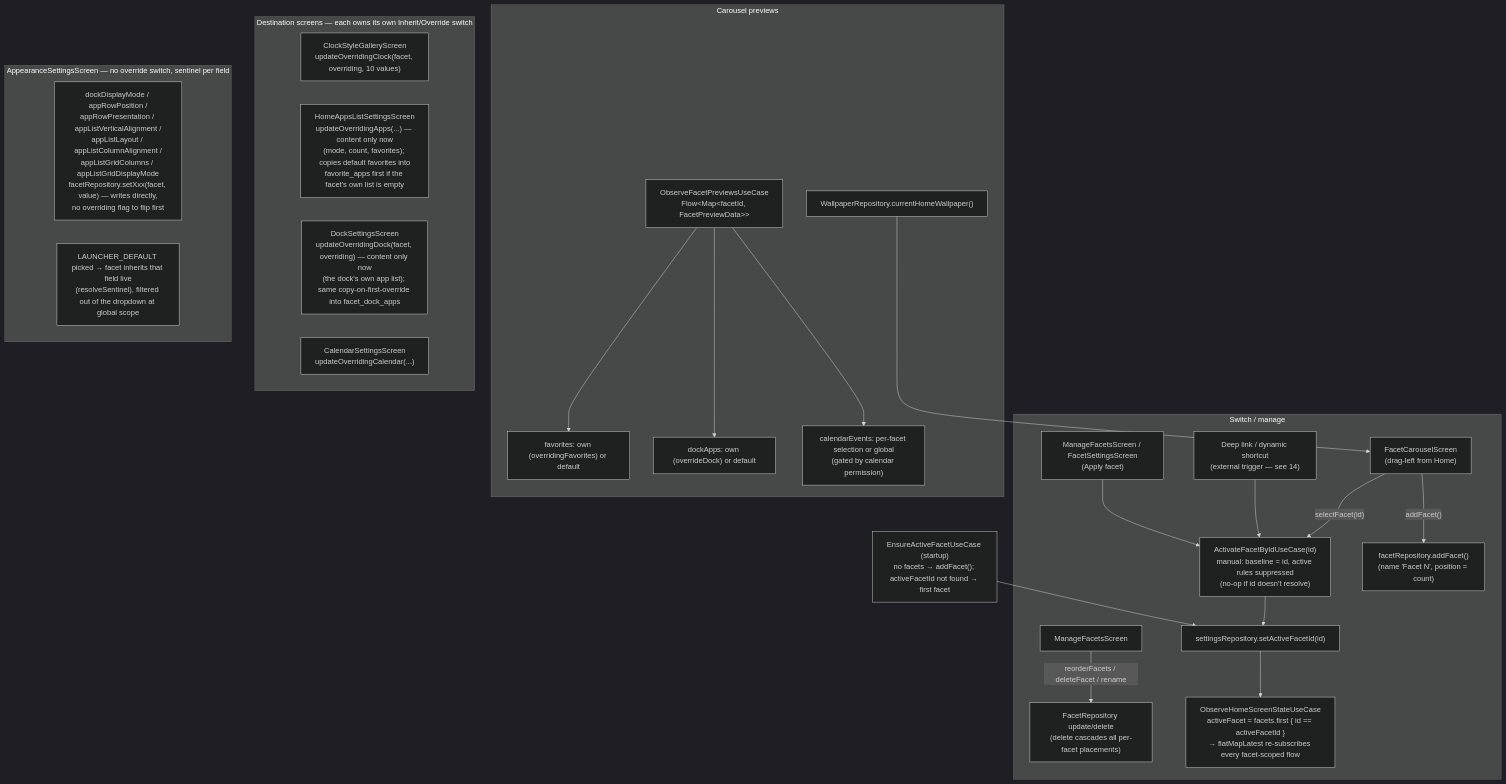
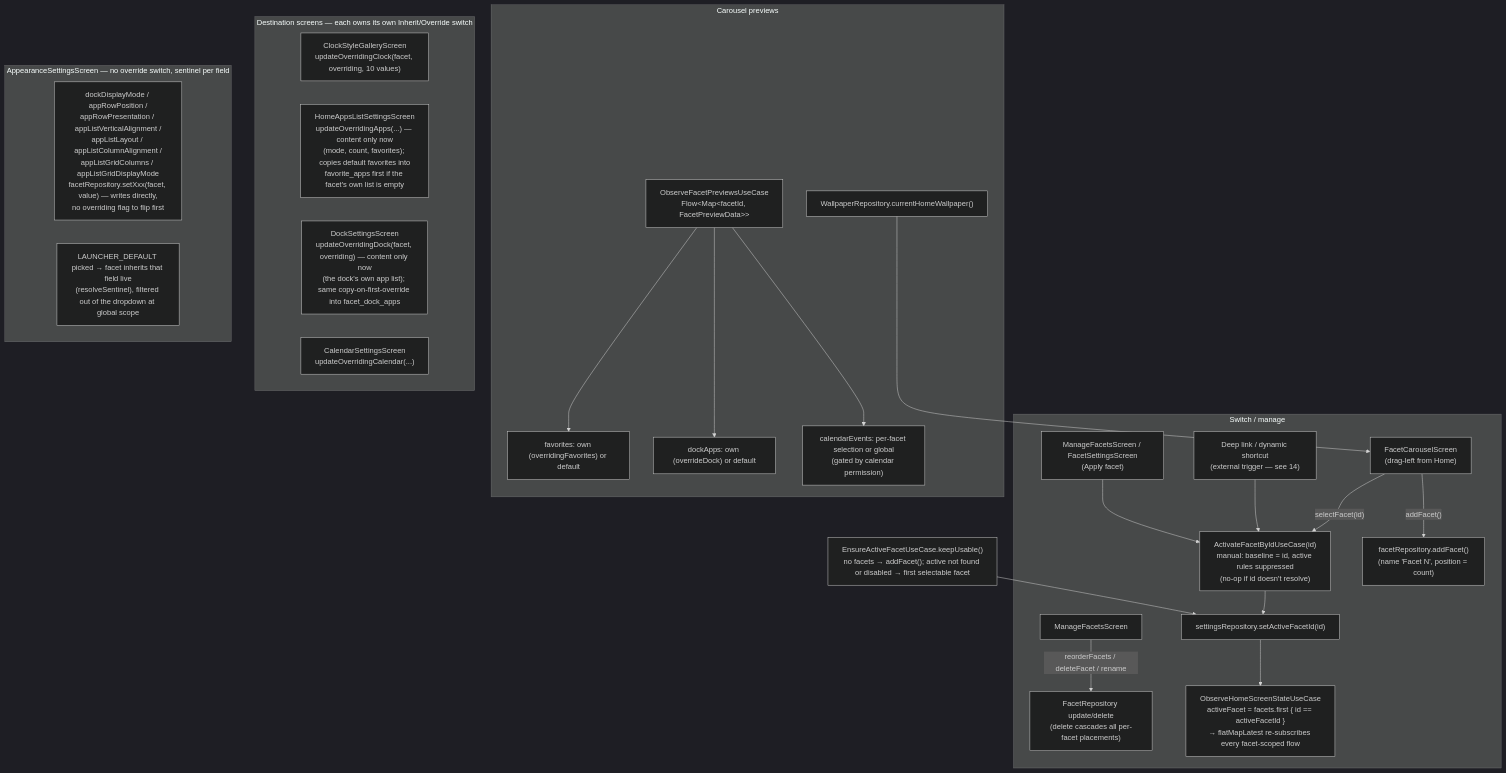
Before and after one commit to rohitganjam/facet-launcher: the first of 4 diagrams in docs/architecture/13-flow-facets-theme-notifications-onboarding.md, drawn with Mermaid (dark theme). The commit also changed other lines of this file and 57 other files, not shown here.

First line of the commit message:
Add facet limits (3 free, 10 Pro) and gates, with disabled facets on the free plan (billing phase 1)

````diff
--- a/docs/architecture/13-flow-facets-theme-notifications-onboarding.md
+++ b/docs/architecture/13-flow-facets-theme-notifications-onboarding.md
@@ -11,30 +11,30 @@
 ```mermaid
 flowchart TB
     subgraph SWITCH["Switch / manage"]
         CAR["FacetCarouselScreen\n(drag-left from Home)"] -- "selectFacet(id)" --> UC["ActivateFacetByIdUseCase(id)\nmanual: baseline = id, active rules suppressed\n(no-op if id doesn't resolve)"]
         EXT["Deep link / dynamic shortcut\n(external trigger — see 14)"] --> UC
         MANA["ManageFacetsScreen / FacetSettingsScreen\n(Apply facet)"] --> UC
         UC --> S1["settingsRepository.setActiveFacetId(id)"]
         CAR -- "addFacet()" --> S2["facetRepository.addFacet()\n(name 'Facet N', position = count)"]
         MAN["ManageFacetsScreen"] -- "reorderFacets / deleteFacet / rename" --> S3["FacetRepository update/delete\n(delete cascades all per-facet placements)"]
         S1 --> HOME["ObserveHomeScreenStateUseCase\nactiveFacet = facets.first { id == activeFacetId }\n→ flatMapLatest re-subscribes every facet-scoped flow"]
     end
     subgraph PREVIEW["Carousel previews"]
         OFP["ObserveFacetPreviewsUseCase\nFlow&lt;Map&lt;facetId, FacetPreviewData&gt;&gt;"]
         OFP --> P1["favorites: own (overridingFavorites) or default"]
         OFP --> P2["dockApps: own (overrideDock) or default"]
         OFP --> P3["calendarEvents: per-facet selection or global\n(gated by calendar permission)"]
         WP["WallpaperRepository.currentHomeWallpaper()"] --> CAR
     end
     subgraph OVERRIDE["Destination screens — each owns its own Inherit/Override switch"]
         C1["ClockStyleGalleryScreen\nupdateOverridingClock(facet, overriding, 10 values)"]
         C2["HomeAppsListSettingsScreen\nupdateOverridingApps(...) — content only now\n(mode, count, favorites); copies default favorites into\nfavorite_apps first if the facet's own list is empty"]
         C3["DockSettingsScreen\nupdateOverridingDock(facet, overriding) — content only now\n(the dock's own app list); same copy-on-first-override into facet_dock_apps"]
         C4["CalendarSettingsScreen\nupdateOverridingCalendar(...)"]
     end
     subgraph LOOK["AppearanceSettingsScreen — no override switch, sentinel per field"]
         A1["dockDisplayMode / appRowPosition /\nappRowPresentation / appListVerticalAlignment /\nappListLayout / appListColumnAlignment /\nappListGridColumns / appListGridDisplayMode\nfacetRepository.setXxx(facet, value) — writes directly,\nno overriding flag to flip first"]
         A2["LAUNCHER_DEFAULT picked → facet inherits that field live\n(resolveSentinel), filtered out of the dropdown at global scope"]
     end
-    EAF["EnsureActiveFacetUseCase (startup)\nno facets → addFacet(); activeFacetId not found → first facet"] --> S1
+    EAF["EnsureActiveFacetUseCase.keepUsable()\nno facets → addFacet(); active not found or disabled → first selectable facet"] --> S1
 ```
````
